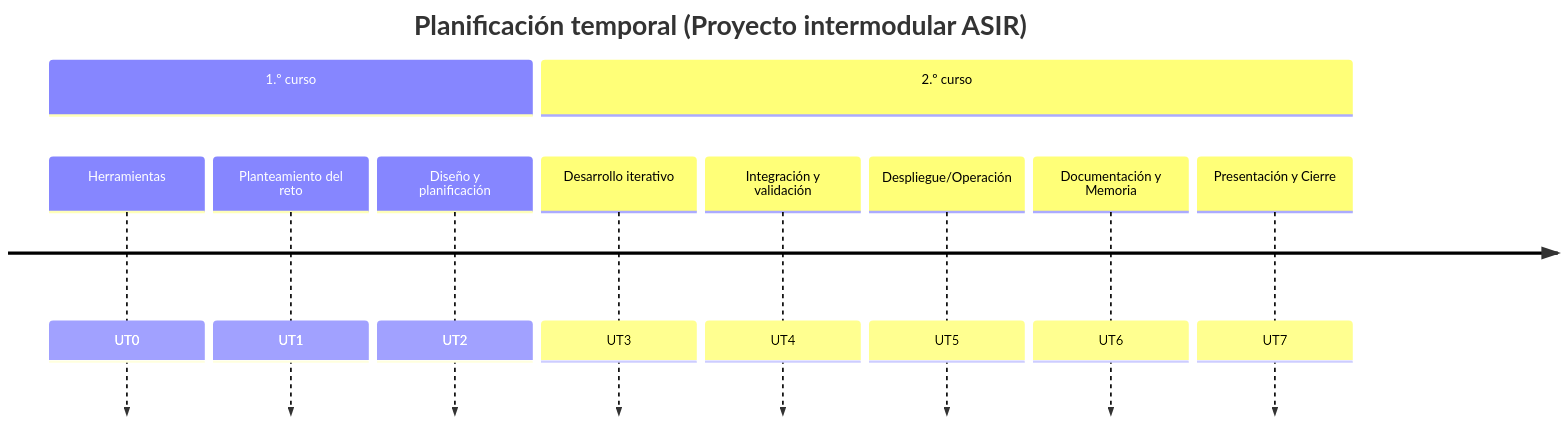
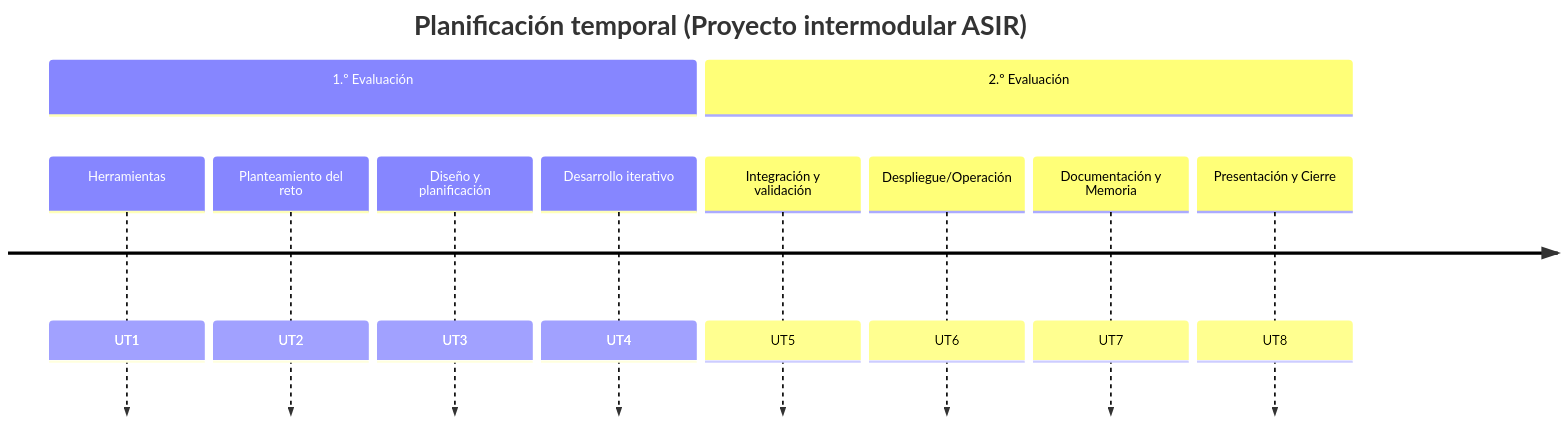
The diagram in docs/index.md (fjavier-hernandez/pi_asir), drawn with Mermaid before and after one commit. The commit also changed other lines of this file and 134 other files, not shown here.

````diff
--- a/docs/index.md
+++ b/docs/index.md
@@ -58,14 +58,14 @@
 ```mermaid
 timeline
   title Planificación temporal (Proyecto intermodular ASIR)
-  section 1.º curso
-    Herramientas : UT0
-    Planteamiento del reto    : UT1
-    Diseño y planificación     : UT2
-  section 2.º curso
-    Desarrollo iterativo       : UT3
-    Integración y validación   : UT4
-    Despliegue/Operación       : UT5
-    Documentación y Memoria    : UT6
-    Presentación y Cierre      : UT7
+  section 1.º Evaluación
+    Herramientas : UT1
+    Planteamiento del reto    : UT2
+    Diseño y planificación     : UT3
+    Desarrollo iterativo       : UT4
+  section 2.º Evaluación
+    Integración y validación   : UT5
+    Despliegue/Operación       : UT6
+    Documentación y Memoria    : UT7
+    Presentación y Cierre      : UT8
 ```
````
